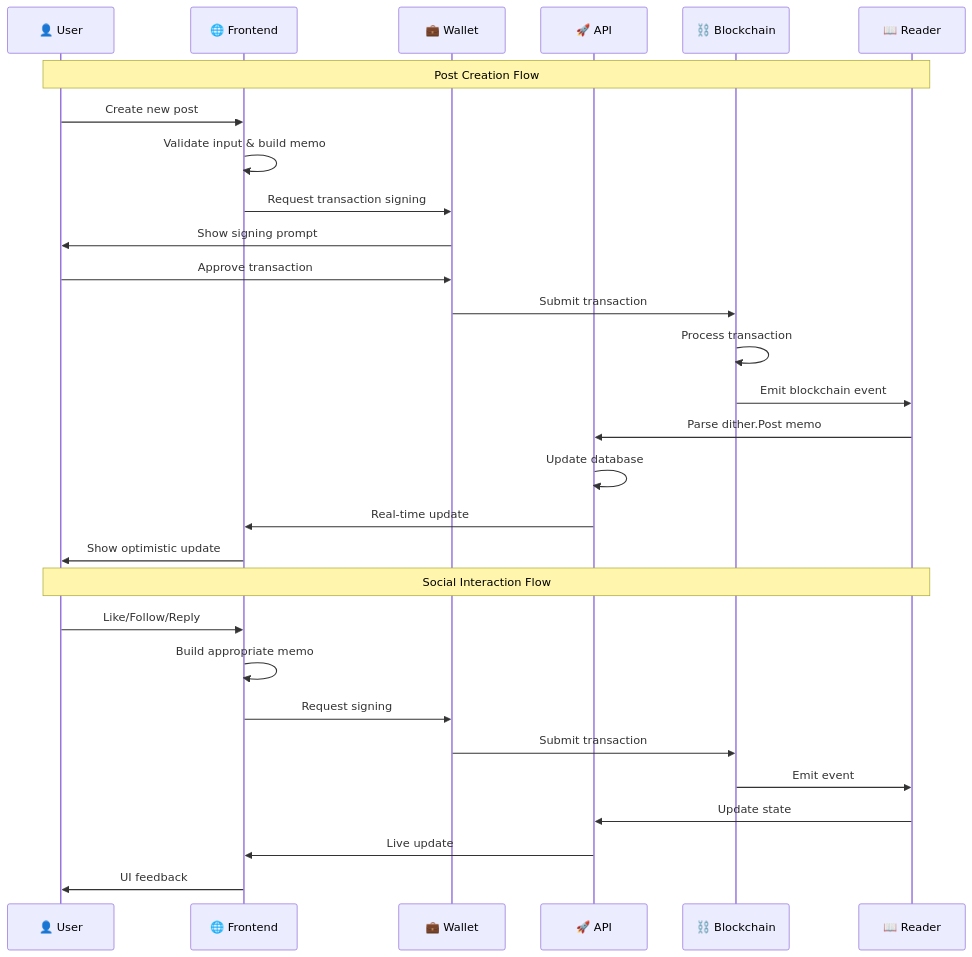
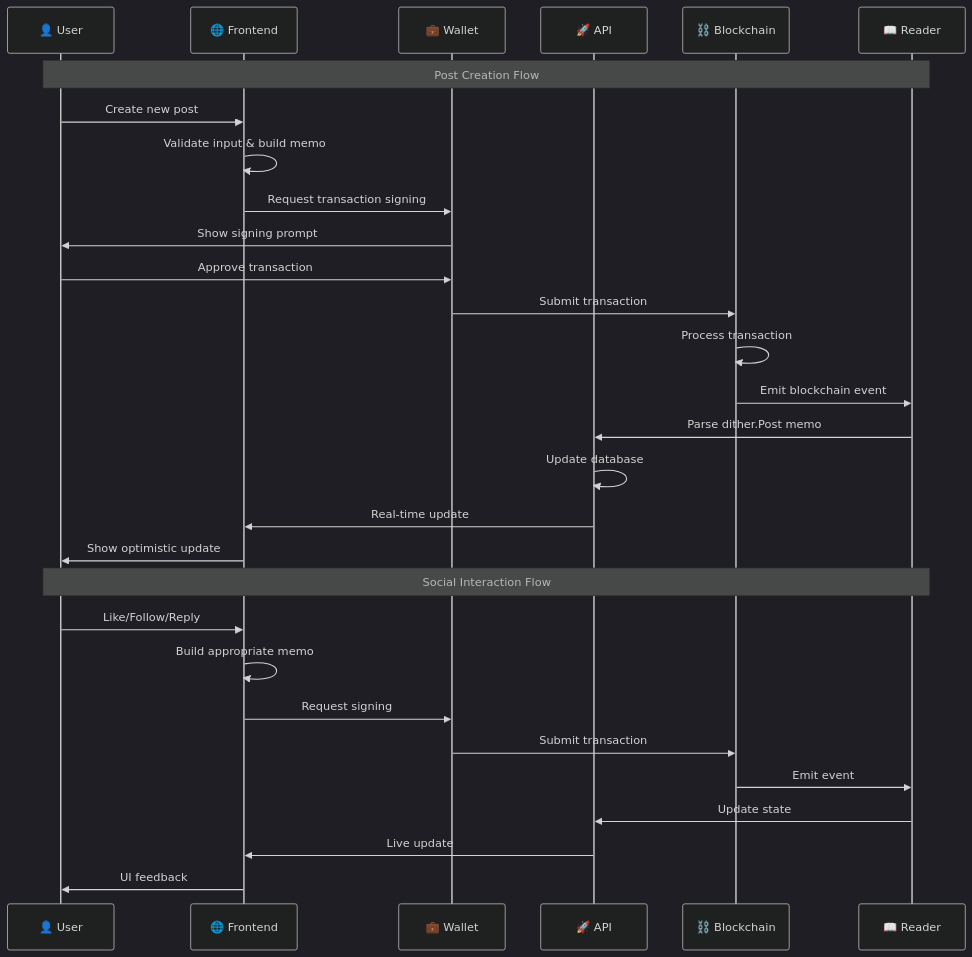
Before and after one commit to allinbits/dither.chat: the fourth of 4 diagrams in packages/frontend-main/README.md, drawn with Mermaid. The commit also changed other lines of this file, not shown here.

Commit message:
chore: improved diagram colors

````diff
--- a/packages/frontend-main/README.md
+++ b/packages/frontend-main/README.md
@@ -292,35 +295,36 @@
 ```mermaid
+%%{init: {'theme':'dark', 'themeVariables': { 'primaryColor': '#1e40af', 'primaryTextColor': '#f8fafc', 'primaryBorderColor': '#60a5fa', 'lineColor': '#64748b', 'secondaryColor': '#1e293b', 'tertiaryColor': '#334155'}}}%%
 sequenceDiagram
     participant U as 👤 User
     participant F as 🌐 Frontend
     participant W as 💼 Wallet
     participant API as 🚀 API
     participant BC as ⛓️ Blockchain
     participant R as 📖 Reader
 
     Note over U,R: Post Creation Flow
 
     U->>F: Create new post
     F->>F: Validate input & build memo
     F->>W: Request transaction signing
     W->>U: Show signing prompt
     U->>W: Approve transaction
     W->>BC: Submit transaction
     BC->>BC: Process transaction
     BC->>R: Emit blockchain event
     R->>API: Parse dither.Post memo
     API->>API: Update database
     API->>F: Real-time update
     F->>U: Show optimistic update
 
     Note over U,R: Social Interaction Flow
 
     U->>F: Like/Follow/Reply
     F->>F: Build appropriate memo
     F->>W: Request signing
     W->>BC: Submit transaction
     BC->>R: Emit event
     R->>API: Update state
     API->>F: Live update
     F->>U: UI feedback
 ```
````
